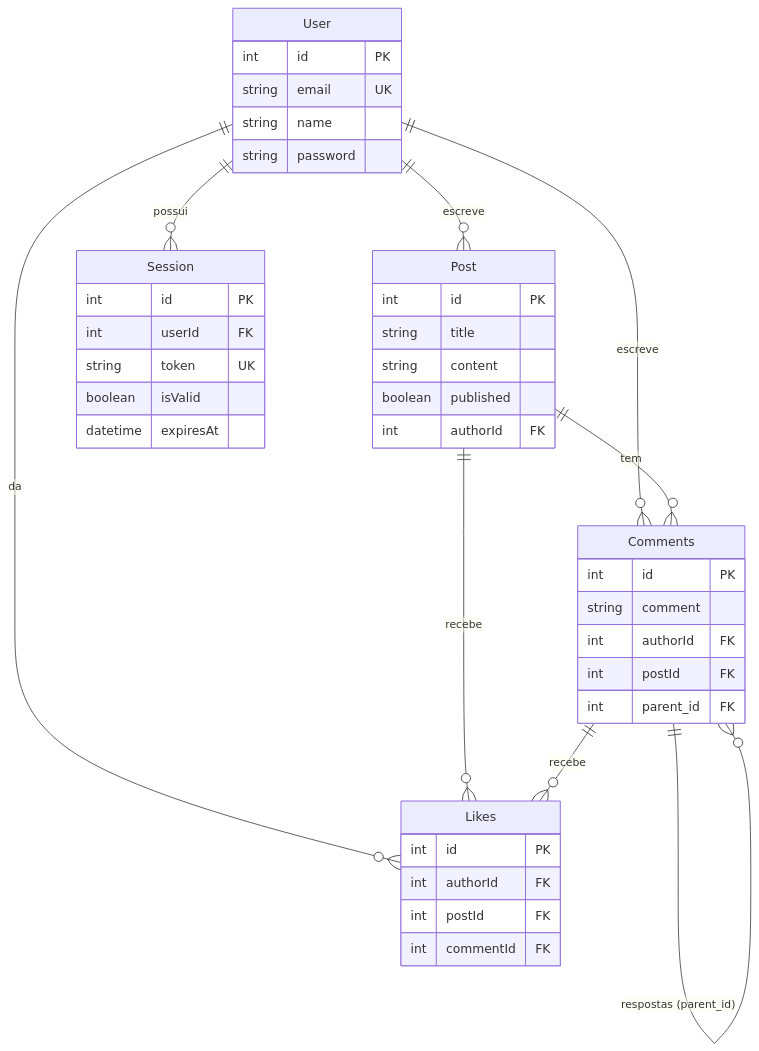
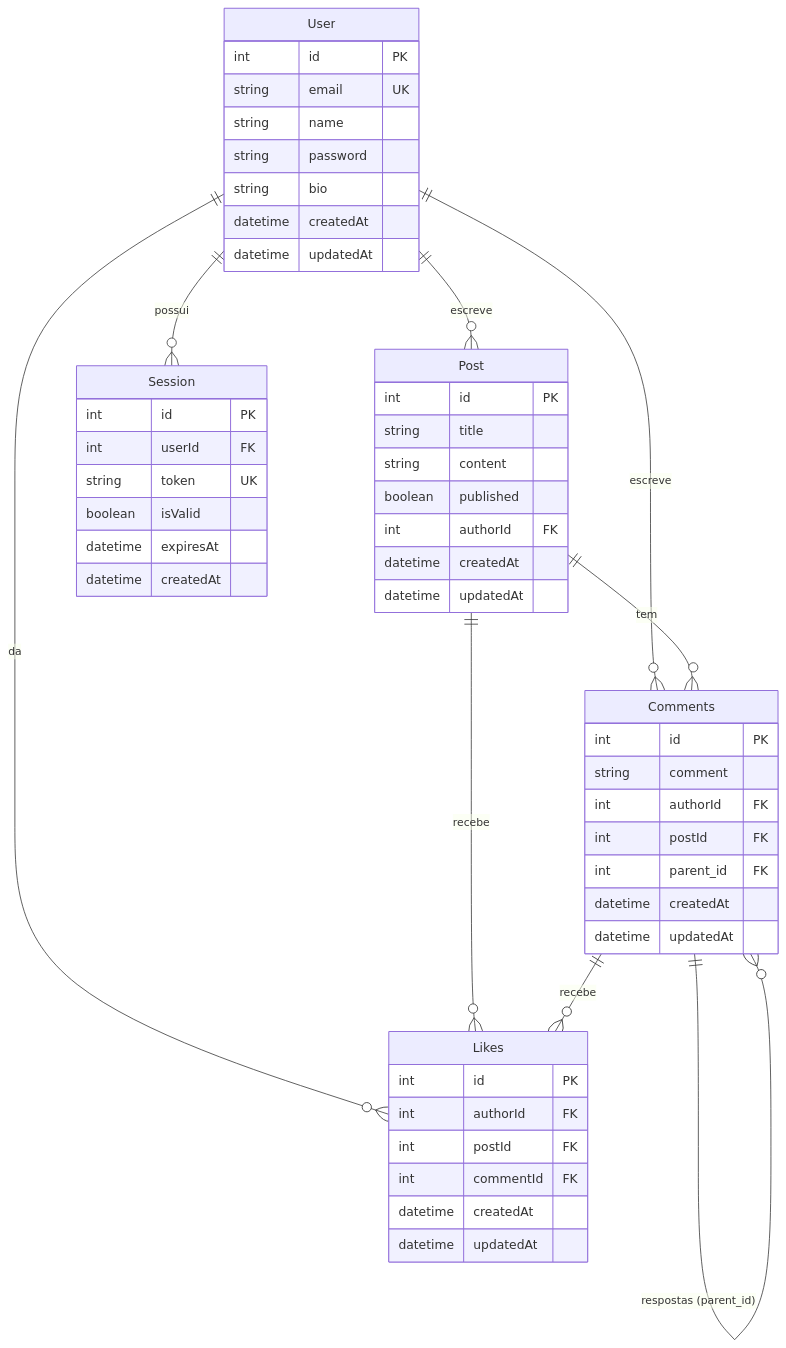
The second of 2 diagrams in README.md (pedroszdev/ApiBlog), drawn with Mermaid before and after one commit. The commit also changed other lines of this file, not shown here.

````diff
--- a/README.md
+++ b/README.md
@@ -76,45 +91,55 @@
 ```mermaid
 erDiagram
     User ||--o{ Post : escreve
     User ||--o{ Session : possui
     User ||--o{ Comments : escreve
     User ||--o{ Likes : da
     Post ||--o{ Comments : tem
     Post ||--o{ Likes : recebe
     Comments ||--o{ Comments : "respostas (parent_id)"
     Comments ||--o{ Likes : recebe
 
     User {
         int id PK
         string email UK
         string name
         string password
+        string bio
+        datetime createdAt
+        datetime updatedAt
     }
     Post {
         int id PK
         string title
         string content
         boolean published
         int authorId FK
+        datetime createdAt
+        datetime updatedAt
     }
     Session {
         int id PK
         int userId FK
         string token UK
         boolean isValid
         datetime expiresAt
+        datetime createdAt
     }
     Comments {
         int id PK
         string comment
         int authorId FK
         int postId FK
         int parent_id FK
+        datetime createdAt
+        datetime updatedAt
     }
     Likes {
         int id PK
         int authorId FK
         int postId FK
         int commentId FK
+        datetime createdAt
+        datetime updatedAt
     }
 ```
````
